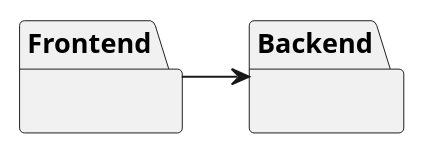
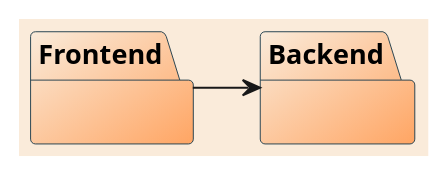
Before and after one commit to e-caste/SoftEng-EZGas: the first of 9 diagrams in docs/DesignDocument.md, drawn with PlantUML. The commit also changed other lines of this file and 1 other file, not shown here.

Commit message:
Graphical Aspects + Class types

````diff
--- a/docs/DesignDocument.md
+++ b/docs/DesignDocument.md
@@ -35,16 +35,21 @@
 ```plantuml
 @startuml
-package "Backend" {
+skinparam backgroundcolor #FAEBDA
+skinparam package {
+BackgroundColor #FAEBDA/FFA563
+BorderColor #26424F
+}
+package "Backend"{
 
 }
 
-package "Frontend" {
+package "Frontend"{
 
 }
 
 
 Frontend -> Backend
 @enduml
 
 
 ```
````
